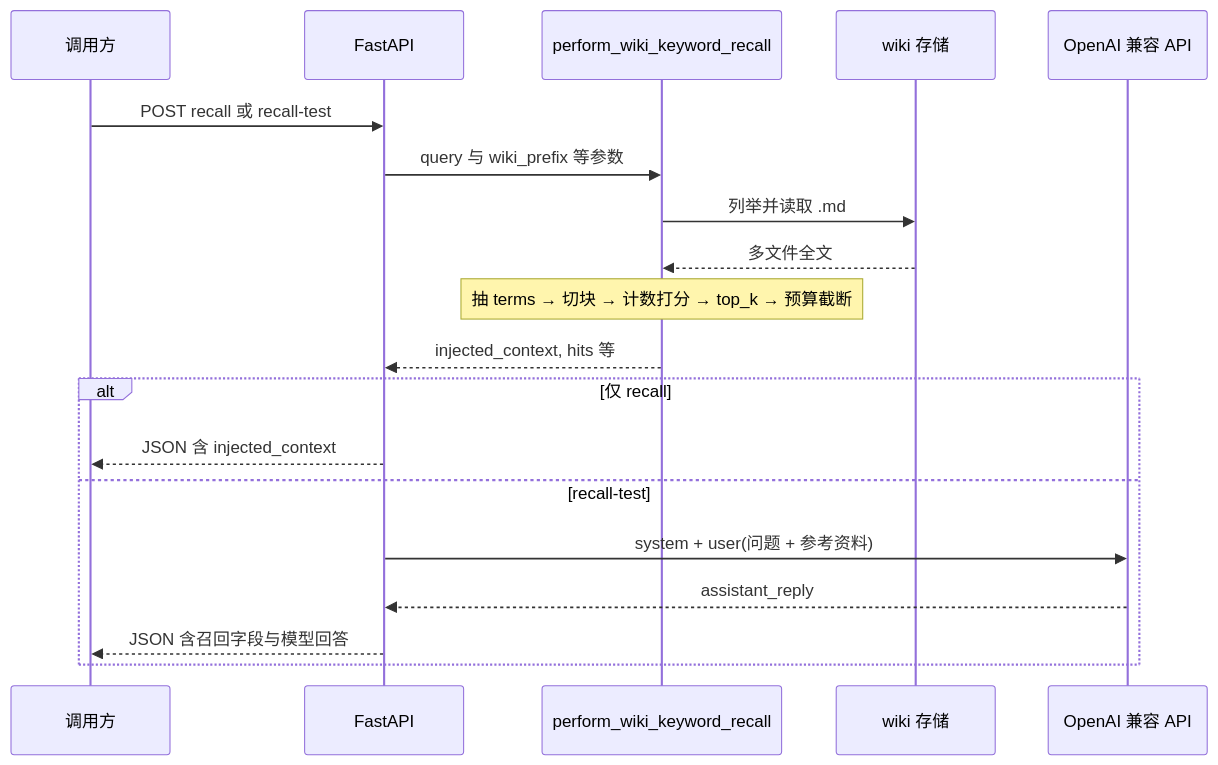
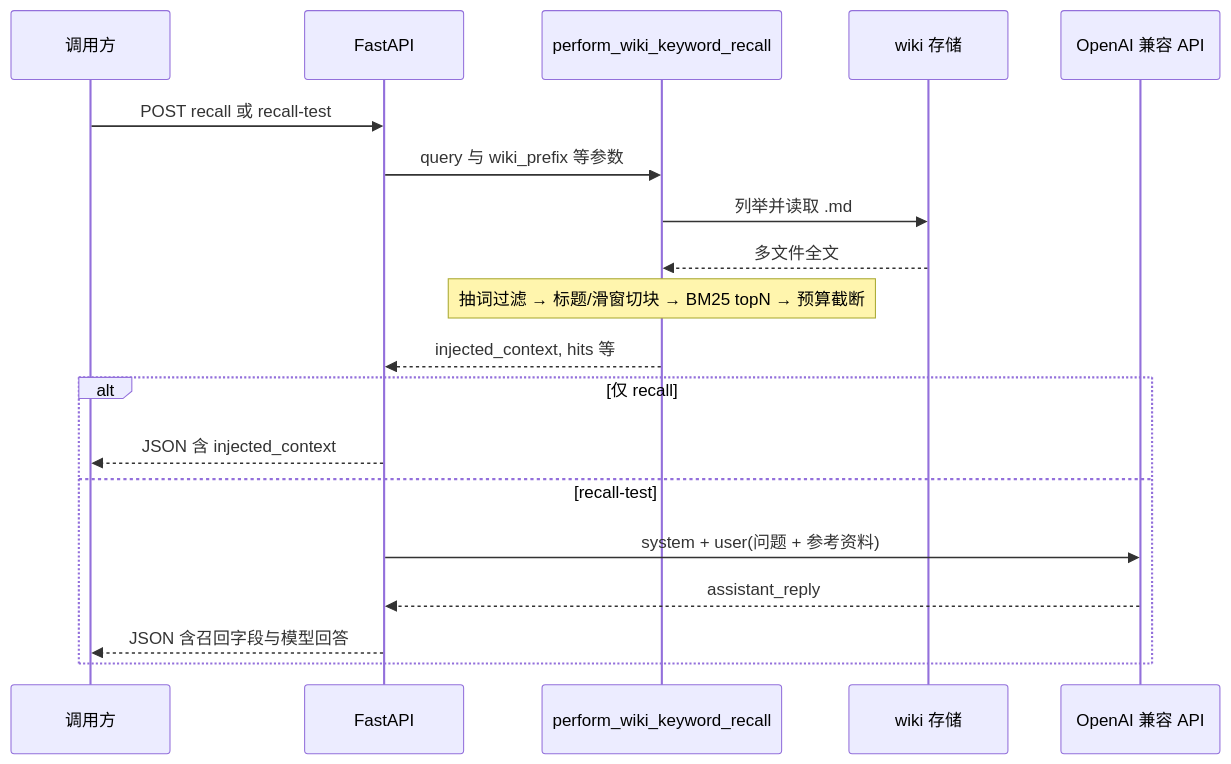
One commit to wangfeifei-xsd/pathy-knowledge-server changed the second of 2 diagrams in README.md. Above: the diagram before and after it, drawn with Mermaid. The commit also changed other lines of this file and 8 other files, not shown here.

````diff
--- a/README.md
+++ b/README.md
@@ -78,23 +73,23 @@
 ```mermaid
 sequenceDiagram
   participant Client as 调用方
   participant API as FastAPI
   participant Recall as perform_wiki_keyword_recall
   participant FS as wiki 存储
   participant LLM as OpenAI 兼容 API
 
   Client->>API: POST recall 或 recall-test
   API->>Recall: query 与 wiki_prefix 等参数
   Recall->>FS: 列举并读取 .md
   FS-->>Recall: 多文件全文
-  Note over Recall: 抽 terms → 切块 → 计数打分 → top_k → 预算截断
+  Note over Recall: 抽词过滤 → 标题/滑窗切块 → BM25 topN → 预算截断
   Recall-->>API: injected_context, hits 等
 
   alt 仅 recall
     API-->>Client: JSON 含 injected_context
   else recall-test
     API->>LLM: system + user(问题 + 参考资料)
     LLM-->>API: assistant_reply
     API-->>Client: JSON 含召回字段与模型回答
   end
 ```
````
